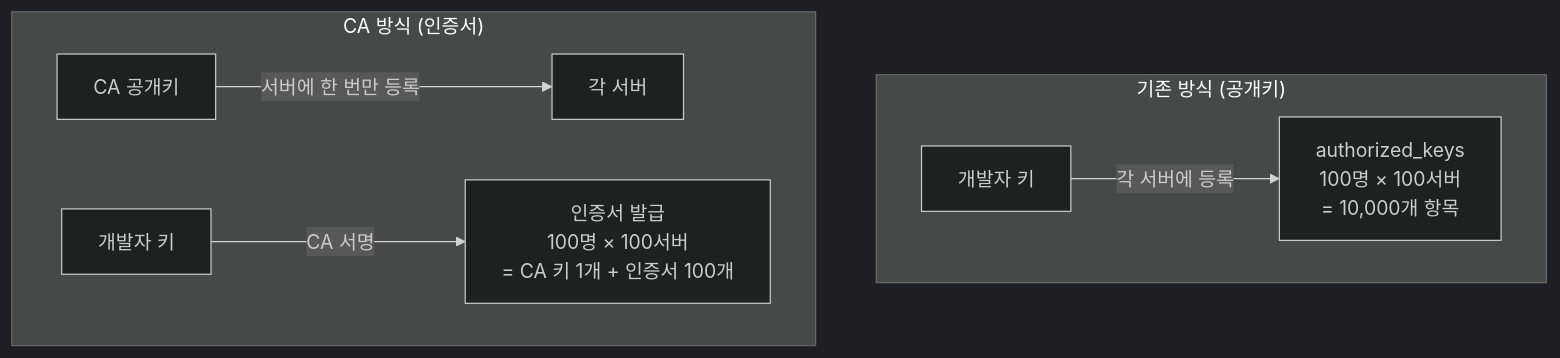
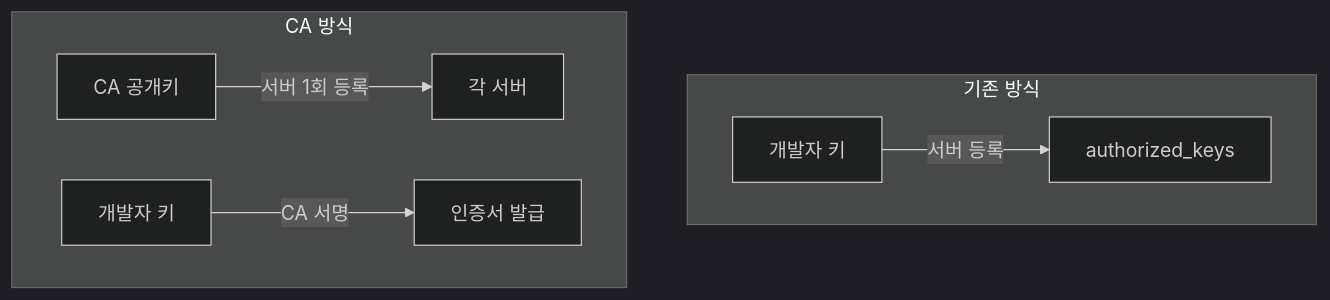
The fourth of 5 diagrams in content/linux/network-basics/ssh.md (moonblueblue/devops-wiki), drawn with Mermaid (dark theme) before and after one commit. The commit also changed other lines of this file and 37 other files, not shown here.

First line of the commit message:
style: linux 카테고리 ASCII 도표·Mermaid 라벨 형식 교정

````diff
--- a/content/linux/network-basics/ssh.md
+++ b/content/linux/network-basics/ssh.md
@@ -523,12 +531,12 @@
 ```mermaid
 graph TD
-    subgraph pub["기존 방식 (공개키)"]
+    subgraph pub["기존 방식"]
         direction LR
-        DEV1["개발자 키"] -->|"각 서버에 등록"| AUTH["authorized_keys<br/>100명 × 100서버<br/>= 10,000개 항목"]
+        DEV1["개발자 키"] -->|서버 등록| AUTH["authorized_keys"]
     end
-    subgraph ca["CA 방식 (인증서)"]
+    subgraph ca["CA 방식"]
         direction LR
-        CAKEY["CA 공개키"] -->|"서버에 한 번만 등록"| SRV["각 서버"]
-        DEV2["개발자 키"] -->|"CA 서명"| CERT["인증서 발급<br/>100명 × 100서버<br/>= CA 키 1개 + 인증서 100개"]
+        CAKEY["CA 공개키"] -->|서버 1회 등록| SRV["각 서버"]
+        DEV2["개발자 키"] -->|CA 서명| CERT["인증서 발급"]
     end
 ```
````
